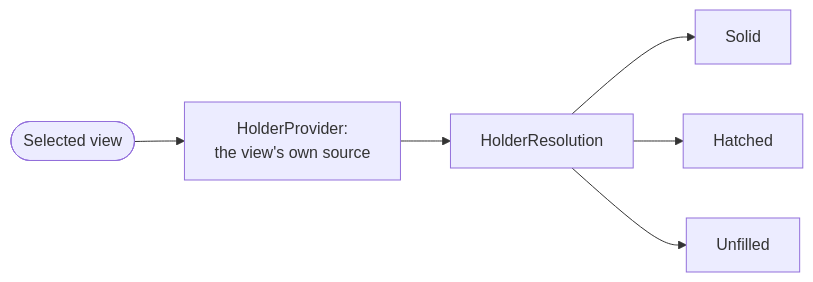
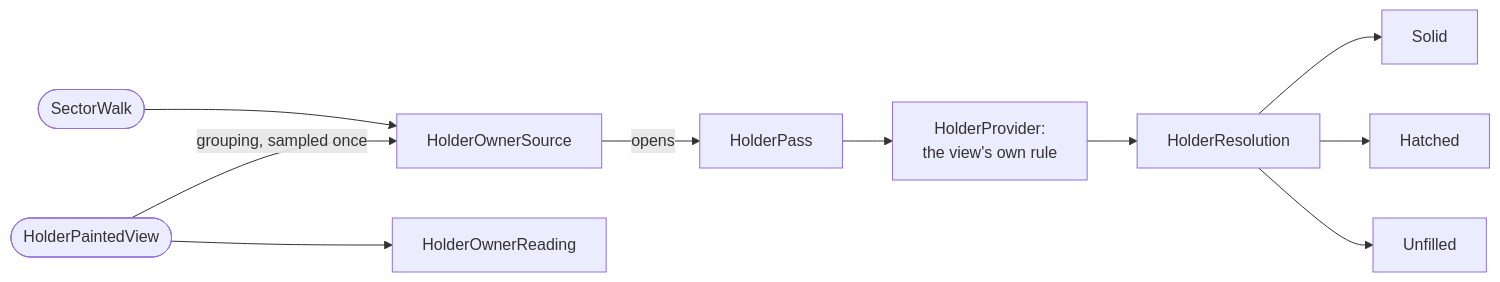
The diagram in src/main/java/kmu/maplayers/ownermap/owners/holders/README.md (Klark-Morrigan/Starsector-Mod-KMU), drawn with Mermaid before and after one commit. The commit also changed other lines of this file and 78 other files, not shown here.

Commit message:
refactor: ownermap decoupled from the sector walk - deferring colony sourcing to implementing layers

````diff
--- a/src/main/java/kmu/maplayers/ownermap/owners/holders/README.md
+++ b/src/main/java/kmu/maplayers/ownermap/owners/holders/README.md
@@ -35,8 +23,12 @@
 ```mermaid
 flowchart LR
-    V([Selected view]) --> P[HolderProvider:<br/>the view's own source]
-    P --> R[HolderResolution]
-    R --> S[Solid]
-    R --> H[Hatched]
-    R --> U[Unfilled]
+    V([HolderPaintedView]) -->|grouping, sampled once| S[HolderOwnerSource]
+    V --> R[HolderOwnerReading]
+    W([SectorWalk]) --> S
+    S -->|opens| P[HolderPass]
+    P --> H[HolderProvider:<br/>the view's own rule]
+    H --> HR[HolderResolution]
+    HR --> Solid
+    HR --> Hatched
+    HR --> Unfilled
 ```
````
